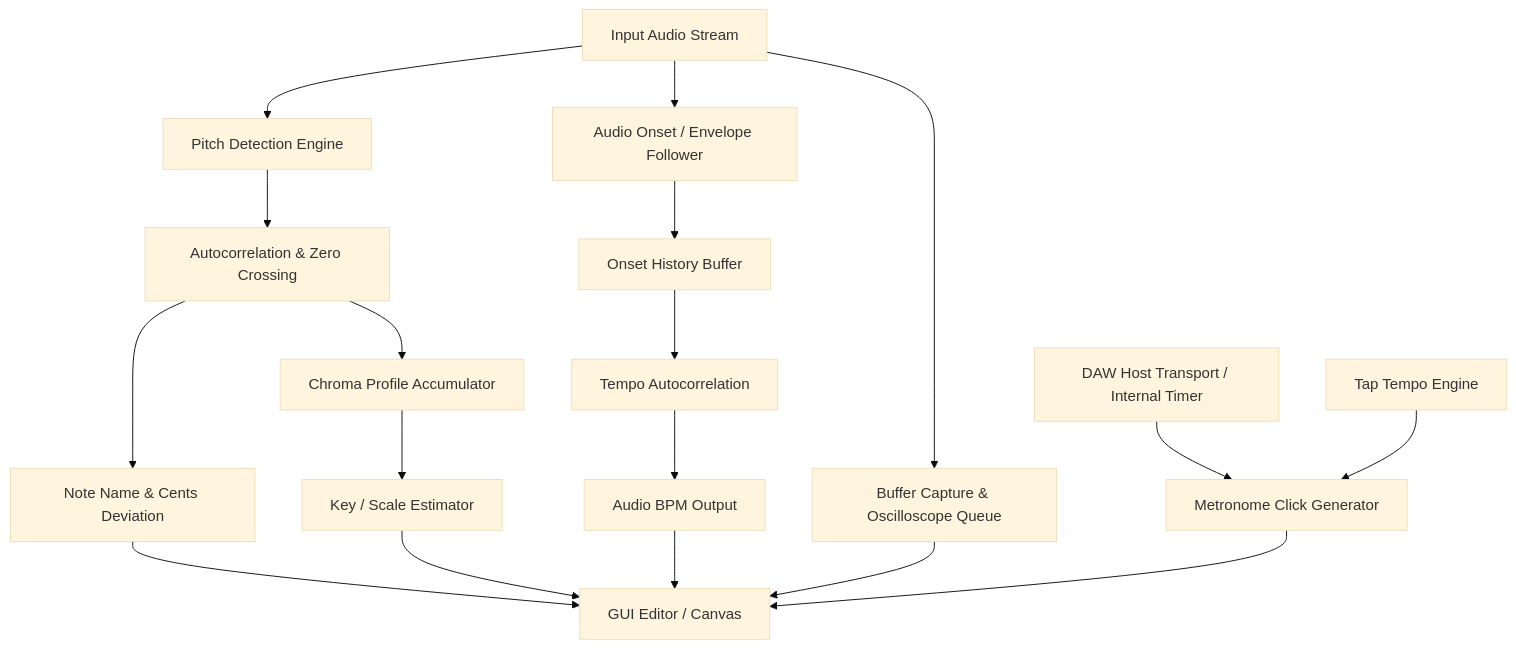
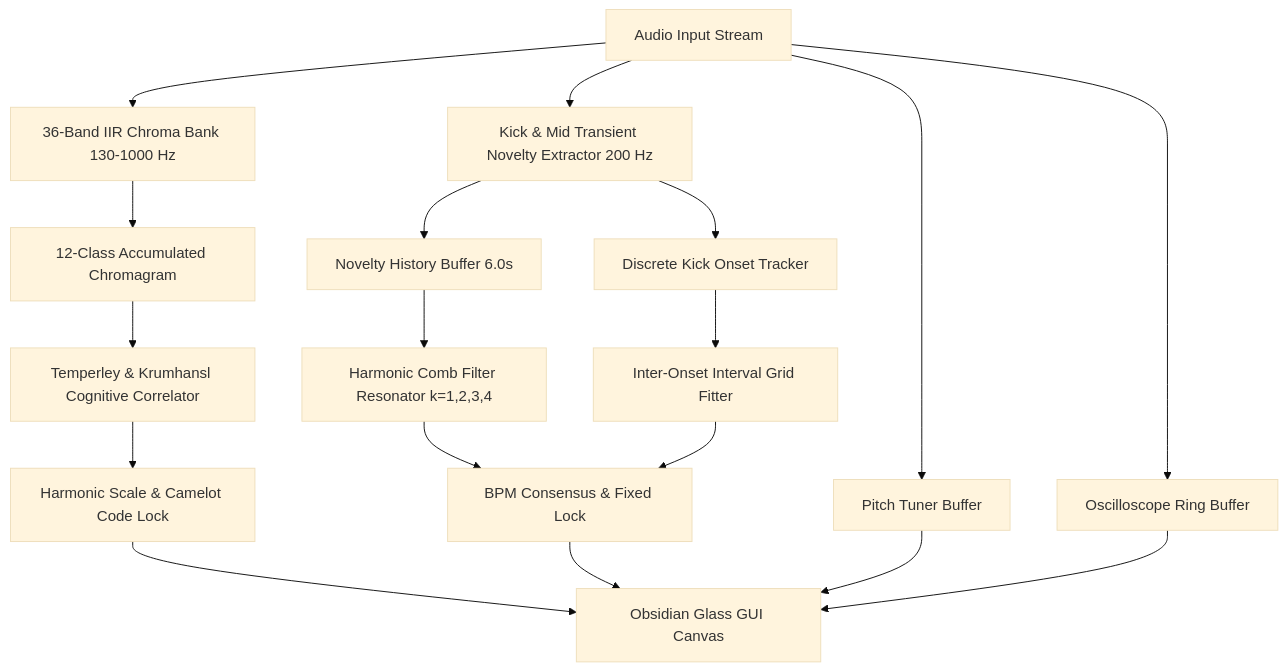
Before and after one commit to vevikils/TUNER-BPM: the diagram in README.md, drawn with Mermaid (base theme). The commit also changed other lines of this file and 6 other files, not shown here.

Commit message:
feat: Release STT2 v2.0 - SUPREME TEMPO & TUNER with Harmonic Comb Resonator and IIR Chroma Scale Engine

````diff
--- a/README.md
+++ b/README.md
@@ -54,24 +54,22 @@
 ```mermaid
 graph TD
-    A[Input Audio Stream] --> B[Buffer Capture & Oscilloscope Queue]
-    A --> C[Pitch Detection Engine]
-    A --> D[Audio Onset / Envelope Follower]
-    
-    C --> C1[Autocorrelation & Zero Crossing]
-    C1 --> C2[Note Name & Cents Deviation]
-    C1 --> C3[Chroma Profile Accumulator]
-    C3 --> C4[Key / Scale Estimator]
+    A[Audio Input Stream] --> B[36-Band IIR Chroma Bank 130-1000 Hz]
+    A --> C[Kick & Mid Transient Novelty Extractor 200 Hz]
+    A --> D[Pitch Tuner Buffer]
+    A --> E[Oscilloscope Ring Buffer]
 
-    D --> D1[Onset History Buffer]
-    D1 --> D2[Tempo Autocorrelation]
-    D2 --> D3[Audio BPM Output]
+    B --> B1[12-Class Accumulated Chromagram]
+    B1 --> B2[Temperley & Krumhansl Cognitive Correlator]
+    B2 --> B3[Harmonic Scale & Camelot Code Lock]
 
-    E[DAW Host Transport / Internal Timer] --> F[Metronome Click Generator]
-    G[Tap Tempo Engine] --> F
-    
-    C2 --> H[GUI Editor / Canvas]
-    C4 --> H
-    D3 --> H
-    B --> H
-    F --> H
+    C --> C1[Novelty History Buffer 6.0s]
+    C --> C2[Discrete Kick Onset Tracker]
+    C1 --> C3[Harmonic Comb Filter Resonator k=1,2,3,4]
+    C2 --> C4[Inter-Onset Interval Grid Fitter]
+    C3 & C4 --> C5[BPM Consensus & Fixed Lock]
+
+    B3 --> F[Obsidian Glass GUI Canvas]
+    C5 --> F
+    D --> F
+    E --> F
 ```
````
